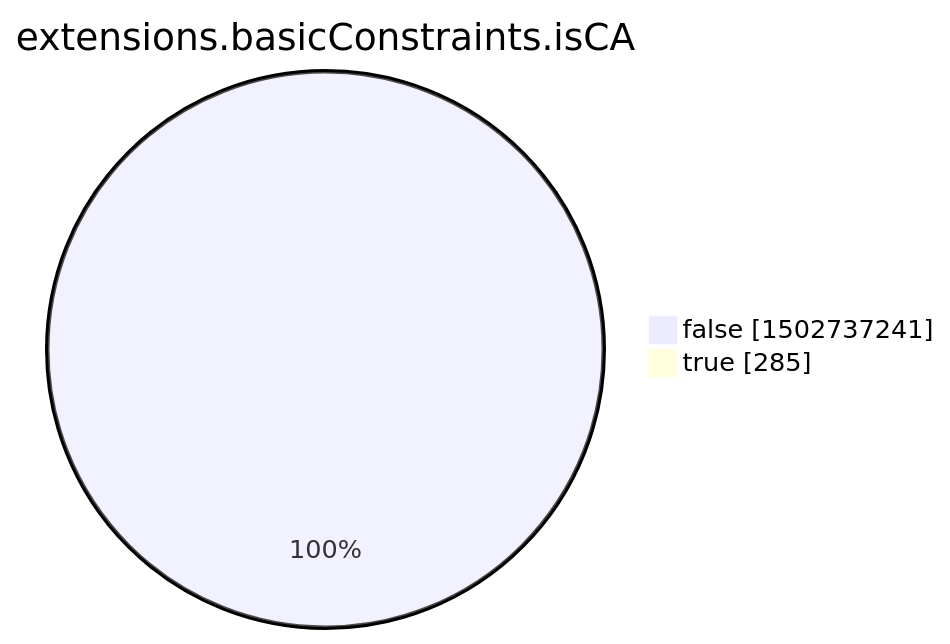
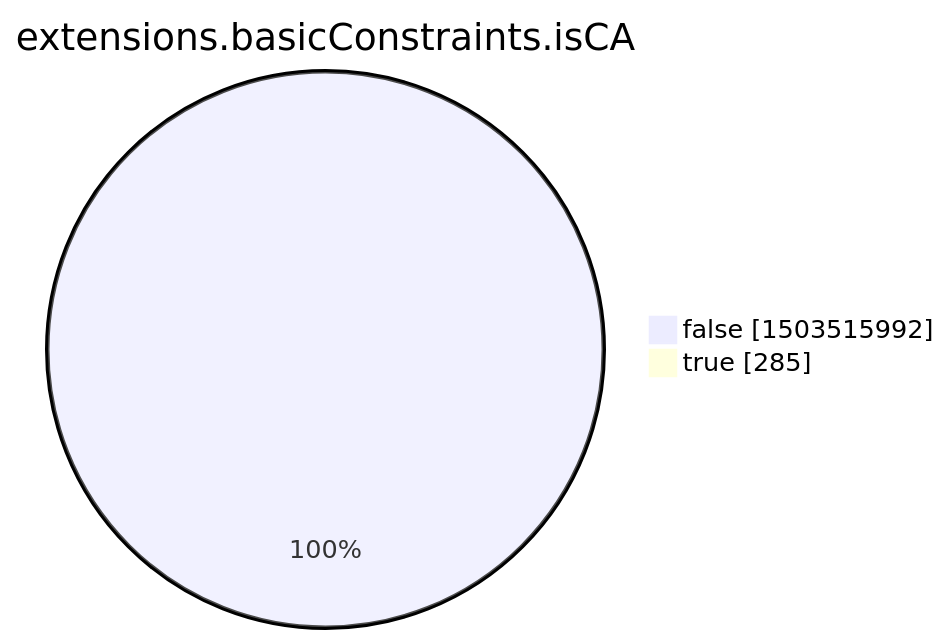
The eighth of 15 diagrams in xenon2022/README.md (christiankrug/ctmonitor_visualization), drawn with Mermaid before and after one commit. The commit also changed other lines of this file, not shown here.

````diff
--- a/xenon2022/README.md
+++ b/xenon2022/README.md
@@ -2854,6 +2854,6 @@
 ```mermaid
 pie showData
 title extensions.basicConstraints.isCA
-"false" :1502737241
+"false" :1503515992
 "true" :285
 ```
````
